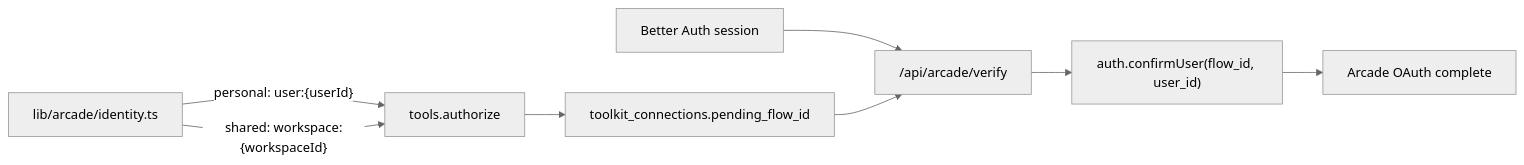
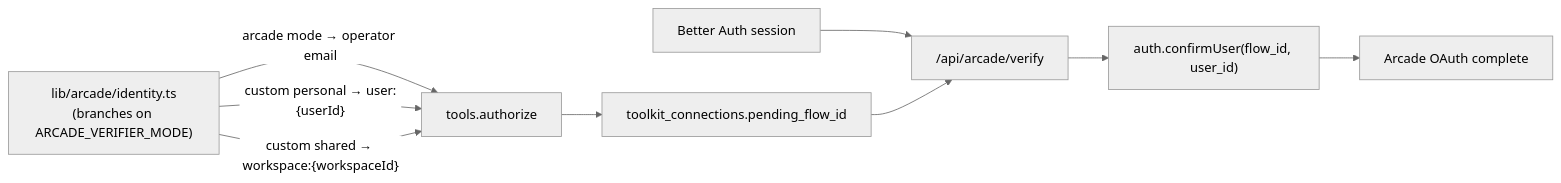
Before and after one commit to fletchertyler914/AIG: the diagram in .cursor/plans/arcade-identity-tenancy_1f409442.plan.md, drawn with Mermaid (neutral theme). The commit also changed other lines of this file and 49 other files, not shown here.

````diff
--- a/.cursor/plans/arcade-identity-tenancy_1f409442.plan.md
+++ b/.cursor/plans/arcade-identity-tenancy_1f409442.plan.md
@@ -89,10 +108,12 @@
 ```mermaid
 flowchart LR
     BA["Better Auth session"] --> Verify["/api/arcade/verify"]
     Verify --> Confirm["auth.confirmUser(flow_id, user_id)"]
     Confirm --> Arcade["Arcade OAuth complete"]
-    Id["lib/arcade/identity.ts"] -->|"personal: user:{userId}"| AuthZ["tools.authorize"]
-    Id -->|"shared: workspace:{workspaceId}"| AuthZ
+    Id["lib/arcade/identity.ts<br/>(branches on ARCADE_VERIFIER_MODE)"]
+    Id -->|"arcade mode → operator email"| AuthZ["tools.authorize"]
+    Id -->|"custom personal → user:{userId}"| AuthZ
+    Id -->|"custom shared → workspace:{workspaceId}"| AuthZ
     AuthZ --> TC["toolkit_connections.pending_flow_id"]
     TC --> Verify
 ```
````
